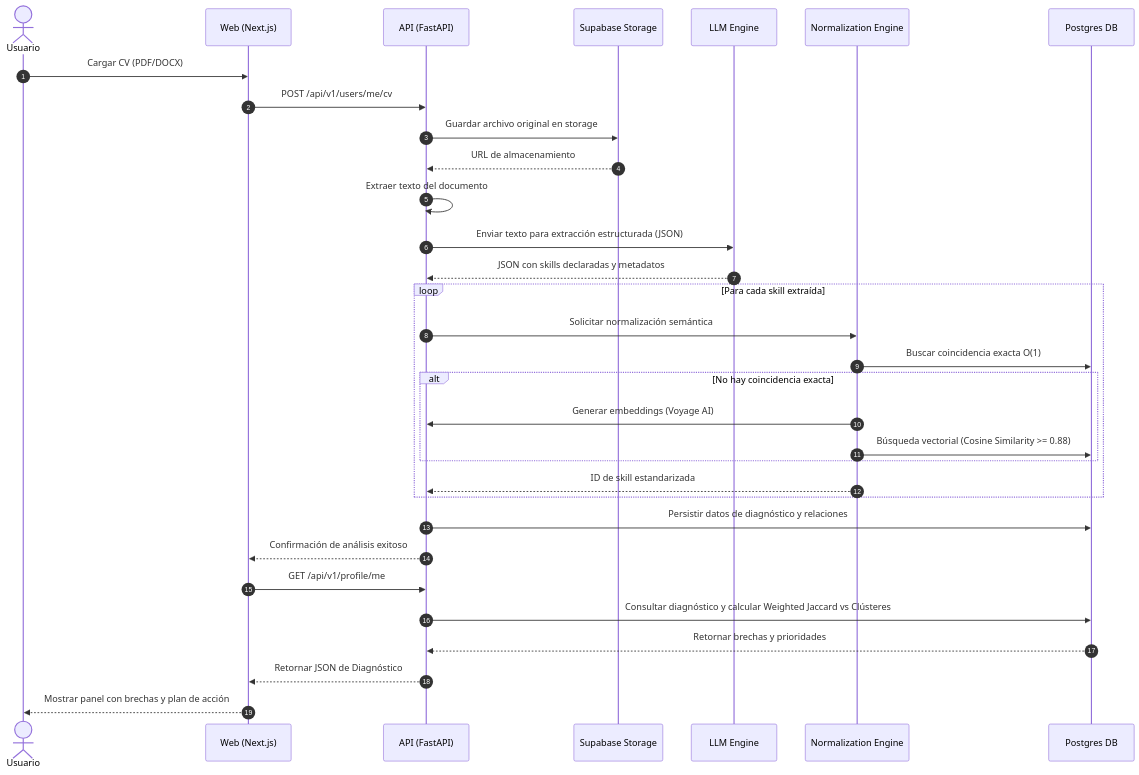
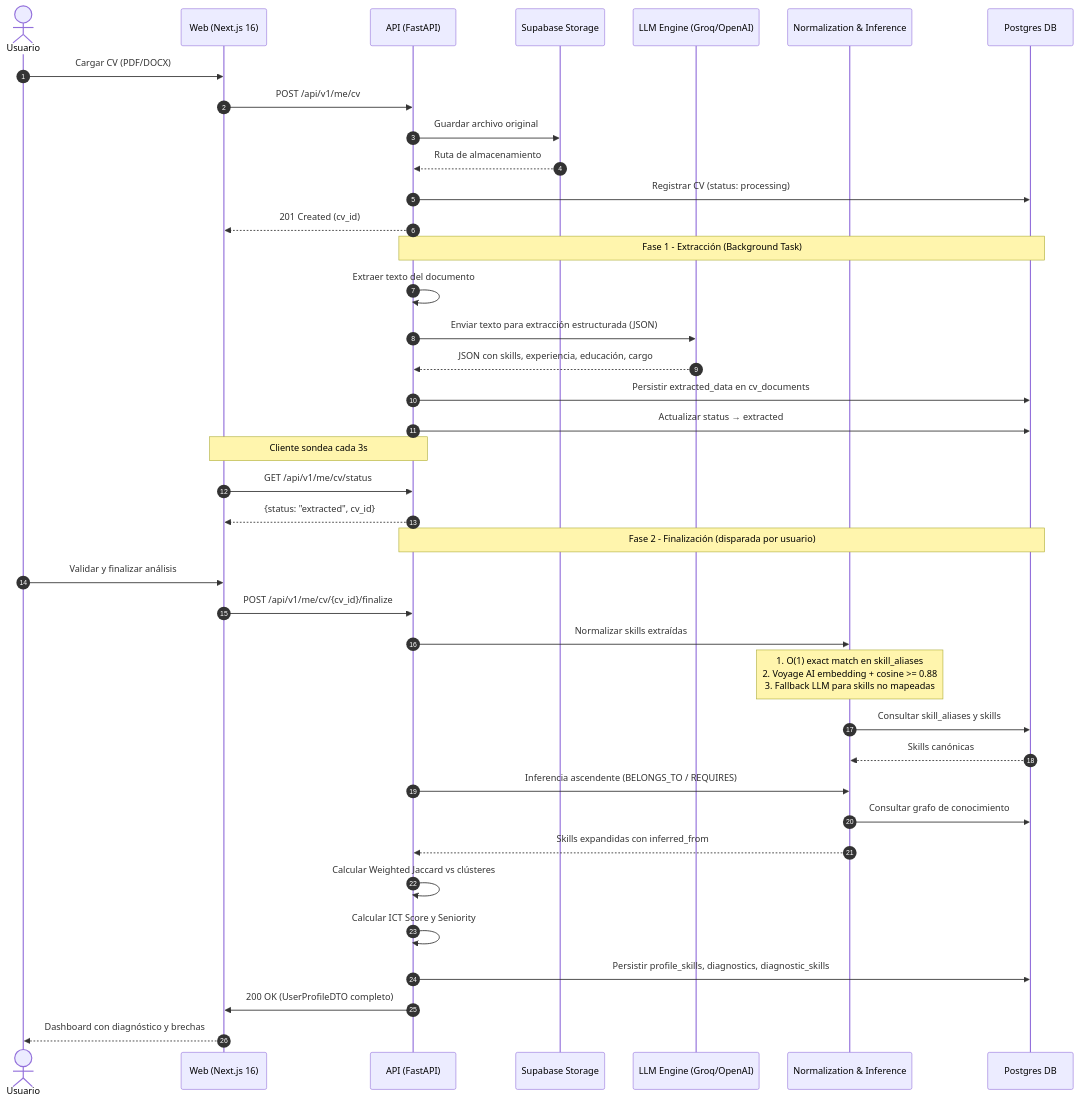
The second of 3 diagrams in ARCHITECTURE.md (devalign/devalign-docs), drawn with Mermaid before and after one commit. The commit also changed other lines of this file and 8 other files, not shown here.

Commit message:
docs: update architecture documentation to reflect modular offline scraping, multi-phase CV processing, and hybrid LLM strategies

````diff
--- a/ARCHITECTURE.md
+++ b/ARCHITECTURE.md
@@ -57,35 +65,45 @@
 ```mermaid
 sequenceDiagram
     autonumber
     actor Usuario
-    participant Web as Web (Next.js)
+    participant Web as Web (Next.js 16)
     participant API as API (FastAPI)
     participant Storage as Supabase Storage
-    participant LLM as LLM Engine
-    participant Norm as Normalization Engine
+    participant LLM as LLM Engine (Groq/OpenAI)
+    participant Norm as Normalization & Inference
     participant DB as Postgres DB
 
     Usuario->>Web: Cargar CV (PDF/DOCX)
-    Web->>API: POST /api/v1/users/me/cv
-    API->>Storage: Guardar archivo original en storage
-    Storage-->>API: URL de almacenamiento
+    Web->>API: POST /api/v1/me/cv
+    API->>Storage: Guardar archivo original
+    Storage-->>API: Ruta de almacenamiento
+    API->>DB: Registrar CV (status: processing)
+    API-->>Web: 201 Created (cv_id)
+
+    Note over API,DB: Fase 1 - Extracción (Background Task)
     API->>API: Extraer texto del documento
     API->>LLM: Enviar texto para extracción estructurada (JSON)
-    LLM-->>API: JSON con skills declaradas y metadatos
-    loop Para cada skill extraída
-        API->>Norm: Solicitar normalización semántica
-        Norm->>DB: Buscar coincidencia exacta O(1)
-        alt No hay coincidencia exacta
-            Norm->>API: Generar embeddings (Voyage AI)
-            Norm->>DB: Búsqueda vectorial (Cosine Similarity >= 0.88)
-        end
-        Norm-->>API: ID de skill estandarizada
-    end
-    API->>DB: Persistir datos de diagnóstico y relaciones
-    API-->>Web: Confirmación de análisis exitoso
-    Web->>API: GET /api/v1/profile/me
-    API->>DB: Consultar diagnóstico y calcular Weighted Jaccard vs Clústeres
-    DB-->>API: Retornar brechas y prioridades
-    API-->>Web: Retornar JSON de Diagnóstico
-    Web-->>Usuario: Mostrar panel con brechas y plan de acción
+    LLM-->>API: JSON con skills, experiencia, educación, cargo
+    API->>DB: Persistir extracted_data en cv_documents
+    API->>DB: Actualizar status → extracted
+
+    Note over Web,API: Cliente sondea cada 3s
+    Web->>API: GET /api/v1/me/cv/status
+    API-->>Web: {status: "extracted", cv_id}
+
+    Note over API,DB: Fase 2 - Finalización (disparada por usuario)
+    Usuario->>Web: Validar y finalizar análisis
+    Web->>API: POST /api/v1/me/cv/{cv_id}/finalize
+    API->>Norm: Normalizar skills extraídas
+    Note over Norm: 1. O(1) exact match en skill_aliases<br>2. Voyage AI embedding + cosine >= 0.88<br>3. Fallback LLM para skills no mapeadas
+    Norm->>DB: Consultar skill_aliases y skills
+    DB-->>Norm: Skills canónicas
+    API->>Norm: Inferencia ascendente (BELONGS_TO / REQUIRES)
+    Norm->>DB: Consultar grafo de conocimiento
+    Norm-->>API: Skills expandidas con inferred_from
+    API->>API: Calcular Weighted Jaccard vs clústeres
+    API->>API: Calcular ICT Score y Seniority
+    API->>DB: Persistir profile_skills, diagnostics, diagnostic_skills
+    API->>Web: 200 OK (UserProfileDTO completo)
+    Web-->>Usuario: Dashboard con diagnóstico y brechas
 ```
````
